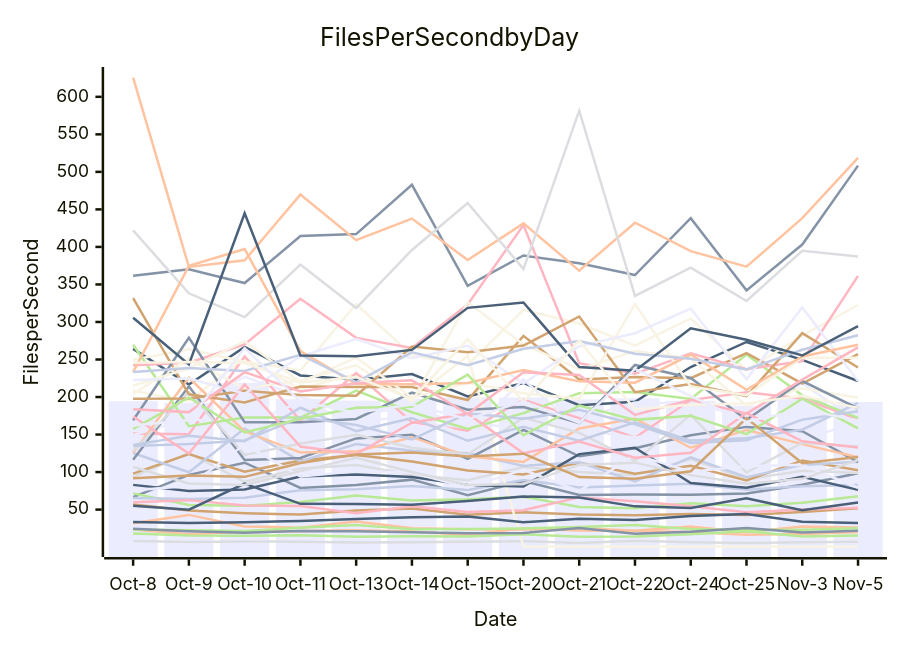
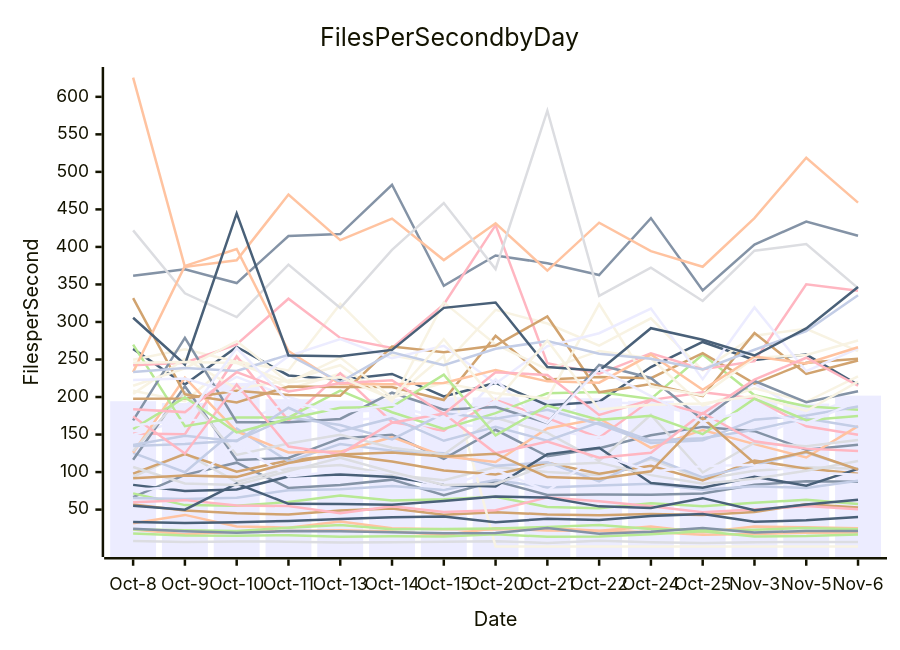
The diagram in perf-report.md (streetsidesoftware/cspell), drawn with Mermaid before and after one commit. The commit also changed other lines of this file and 2 other files, not shown here.

````diff
--- a/perf-report.md
+++ b/perf-report.md
@@ -11,57 +11,57 @@
 ```mermaid
 xychart-beta
     title Files Per Second by Day
     y-axis Files per Second
-    x-axis Date [Oct-8, Oct-9, Oct-10, Oct-11, Oct-13, Oct-14, Oct-15, Oct-20, Oct-21, Oct-22, Oct-24, Oct-25, Nov-3, Nov-5]
-    bar [194.39, 192.05, 218.83, 197.10, 195.24, 197.65, 199.65, 199.37, 196.79, 198.31, 195.08, 188.50, 197.53, 193.37]
-    line [66.65, 96.25, 112.51, 78.91, 82.77, 89.92, 69.05, 88.06, 69.61, 70.25, 69.88, 71.42, 83.10, 98.55]
-    line [23.58, 17.31, 20.37, 21.44, 22.38, 20.97, 16.04, 25.16, 22.03, 21.51, 20.05, 16.33, 17.58, 20.12]
-    line [8.18, 6.76, 7.44, 7.30, 6.32, 6.65, 7.26, 7.96, 5.55, 8.36, 6.66, 5.63, 6.55, 7.17]
-    line [71.61, 56.00, 55.29, 59.99, 68.80, 62.02, 63.75, 67.15, 53.54, 51.87, 58.31, 54.40, 59.05, 67.64]
-    line [56.81, 48.66, 45.19, 43.33, 48.66, 51.39, 43.09, 46.53, 43.54, 42.59, 43.99, 42.66, 46.86, 51.84]
-    line [65.37, 64.09, 65.74, 75.83, 77.12, 81.28, 76.22, 89.41, 79.60, 82.04, 84.51, 76.34, 81.22, 82.67]
-    line [59.94, 62.62, 55.56, 54.77, 45.21, 54.60, 46.67, 49.27, 66.25, 61.14, 54.40, 46.46, 50.11, 52.43]
-    line [264.14, 216.71, 266.75, 228.80, 223.08, 230.72, 200.81, 218.77, 189.13, 193.68, 239.98, 273.35, 249.43, 221.33]
-    line [208.25, 194.51, 251.63, 210.60, 231.31, 197.08, 254.89, 1.00, 1.00, 1.00, 1.00, 1.00, 1.00, 1.00]
-    line [174.97, 189.16, 226.87, 200.18, 179.39, 183.41, 164.40, 159.49, 171.10, 192.78, 191.37, 174.29, 217.96, 167.79]
-    line [361.47, 370.09, 351.86, 414.54, 417.07, 482.80, 348.28, 388.55, 378.31, 362.57, 438.35, 342.13, 403.12, 508.36]
-    line [31.76, 42.94, 27.61, 25.97, 34.21, 25.09, 23.71, 23.43, 25.33, 21.92, 27.33, 19.75, 27.62, 26.25]
-    line [93.63, 125.18, 87.00, 104.77, 109.42, 96.45, 89.22, 106.77, 99.95, 95.97, 117.43, 90.38, 101.68, 98.69]
-    line [18.14, 15.49, 15.23, 15.94, 13.89, 14.53, 14.11, 17.05, 13.85, 14.03, 17.10, 21.05, 14.31, 15.34]
-    line [97.90, 123.96, 100.36, 115.55, 122.73, 114.09, 102.09, 96.85, 112.31, 97.68, 108.35, 88.82, 115.43, 102.42]
-    line [125.48, 99.76, 158.05, 114.31, 137.32, 128.51, 125.12, 108.27, 113.06, 87.44, 119.66, 93.04, 109.58, 113.85]
-    line [151.43, 150.43, 254.02, 168.57, 231.71, 166.56, 155.07, 196.36, 171.90, 145.85, 195.93, 206.22, 198.17, 170.33]
-    line [55.18, 49.90, 84.72, 57.64, 57.38, 56.41, 61.33, 67.41, 66.13, 54.31, 52.03, 65.25, 49.02, 59.47]
-    line [249.77, 263.65, 247.10, 235.41, 323.97, 255.64, 242.67, 316.16, 297.94, 268.60, 304.78, 235.63, 281.78, 322.62]
-    line [149.45, 170.98, 162.38, 193.61, 167.04, 174.22, 149.10, 223.58, 156.27, 146.04, 158.31, 152.20, 144.51, 165.46]
-    line [116.53, 214.42, 116.00, 118.77, 144.83, 149.59, 117.74, 156.35, 121.08, 131.79, 149.18, 160.21, 154.52, 113.38]
-    line [125.79, 225.70, 154.24, 126.07, 127.29, 146.49, 121.12, 113.50, 158.05, 171.36, 132.38, 156.15, 137.28, 119.80]
-    line [127.97, 206.50, 122.84, 138.06, 149.67, 132.46, 123.48, 172.40, 152.34, 114.90, 176.25, 99.39, 139.03, 133.94]
-    line [269.72, 161.18, 172.81, 172.65, 208.47, 179.72, 157.56, 178.54, 204.92, 206.57, 197.43, 256.60, 202.25, 172.19]
-    line [331.74, 203.63, 192.81, 213.97, 213.28, 213.47, 195.94, 281.48, 223.48, 226.53, 225.12, 258.41, 217.89, 257.25]
-    line [136.07, 148.26, 141.19, 185.69, 154.55, 171.82, 141.67, 160.22, 141.81, 166.38, 141.94, 145.19, 156.42, 192.35]
-    line [242.23, 245.65, 270.12, 330.98, 278.79, 265.30, 323.42, 429.01, 245.01, 230.93, 258.25, 236.94, 247.84, 361.38]
-    line [82.95, 74.90, 76.80, 94.05, 96.82, 93.39, 82.69, 80.94, 123.93, 132.34, 85.53, 79.17, 93.87, 76.32]
-    line [204.22, 251.15, 211.26, 222.05, 242.35, 194.13, 326.19, 270.15, 236.87, 261.40, 251.33, 188.47, 211.71, 199.02]
-    line [75.86, 81.29, 136.91, 94.03, 101.02, 99.02, 79.59, 103.01, 74.73, 123.30, 100.60, 107.93, 109.66, 79.14]
-    line [168.97, 278.92, 166.54, 166.53, 170.79, 205.75, 183.07, 186.73, 165.39, 242.72, 225.43, 169.80, 221.29, 185.02]
-    line [625.58, 373.38, 382.28, 469.75, 409.07, 437.77, 382.49, 431.43, 368.45, 432.30, 394.44, 373.62, 438.31, 518.57]
-    line [422.03, 338.21, 306.48, 376.46, 318.53, 395.99, 458.46, 370.45, 581.53, 334.74, 372.46, 327.93, 394.96, 387.34]
-    line [23.35, 22.45, 21.51, 25.71, 29.42, 23.92, 24.25, 24.95, 26.96, 29.32, 24.14, 22.37, 23.30, 25.31]
-    line [197.76, 198.13, 208.30, 202.68, 201.79, 267.21, 259.65, 268.53, 307.28, 206.33, 217.49, 201.10, 285.18, 239.33]
-    line [134.65, 137.28, 142.04, 172.94, 162.65, 143.57, 178.30, 170.91, 182.97, 163.77, 138.75, 142.39, 169.82, 180.94]
-    line [173.95, 124.58, 216.72, 133.97, 123.87, 165.74, 177.89, 125.02, 140.68, 119.01, 125.81, 178.69, 141.07, 132.63]
-    line [33.57, 32.29, 33.27, 34.79, 37.33, 39.68, 40.77, 33.11, 37.81, 36.24, 41.43, 44.03, 33.69, 32.10]
-    line [215.08, 238.25, 274.47, 219.66, 252.51, 199.34, 218.85, 204.99, 197.92, 323.88, 213.93, 202.52, 252.23, 252.44]
-    line [222.78, 224.66, 204.36, 254.42, 277.26, 251.58, 268.24, 217.93, 267.67, 285.04, 317.95, 223.78, 319.42, 221.27]
-    line [24.57, 21.27, 19.07, 21.50, 21.24, 19.97, 18.63, 18.81, 25.32, 17.74, 20.58, 25.51, 19.46, 21.71]
-    line [233.16, 374.71, 397.16, 261.34, 217.24, 217.08, 218.73, 236.08, 220.88, 219.16, 256.62, 209.53, 254.06, 269.74]
-    line [106.68, 84.76, 82.82, 101.29, 118.90, 100.19, 82.72, 84.05, 109.59, 112.56, 95.92, 84.60, 91.01, 115.87]
-    line [157.39, 199.58, 152.82, 170.97, 185.75, 186.96, 229.89, 148.98, 188.53, 169.56, 175.04, 150.51, 197.71, 158.14]
-    line [91.76, 95.32, 93.61, 112.00, 123.43, 125.94, 120.60, 124.47, 93.34, 91.16, 101.08, 171.93, 111.86, 120.16]
-    line [233.40, 238.56, 234.64, 256.33, 219.99, 259.48, 242.38, 264.24, 274.64, 257.62, 251.09, 236.85, 262.94, 282.31]
-    line [183.70, 179.89, 233.14, 207.50, 218.41, 222.25, 177.43, 233.06, 229.37, 176.10, 196.37, 177.90, 223.12, 266.12]
-    line [305.64, 243.36, 444.70, 255.37, 254.42, 262.77, 318.79, 326.00, 239.93, 235.04, 291.68, 276.40, 255.29, 294.52]
-    line [245.51, 246.82, 245.36, 219.50, 226.50, 197.43, 277.21, 193.99, 275.35, 183.43, 189.64, 191.38, 201.59, 185.53]
-    line [162.12, 169.35, 265.31, 194.05, 178.95, 189.91, 170.29, 194.31, 165.66, 237.49, 201.27, 167.00, 183.56, 168.81]
+    x-axis Date [Oct-8, Oct-9, Oct-10, Oct-11, Oct-13, Oct-14, Oct-15, Oct-20, Oct-21, Oct-22, Oct-24, Oct-25, Nov-3, Nov-5, Nov-6]
+    bar [194.39, 192.05, 218.83, 197.10, 195.24, 197.65, 199.65, 199.37, 196.79, 198.31, 195.08, 188.50, 197.53, 191.30, 201.87]
+    line [66.65, 96.25, 112.51, 78.91, 82.77, 89.92, 69.05, 88.06, 69.61, 70.25, 69.88, 71.42, 83.10, 87.87, 87.19]
+    line [23.58, 17.31, 20.37, 21.44, 22.38, 20.97, 16.04, 25.16, 22.03, 21.51, 20.05, 16.33, 17.58, 19.22, 19.51]
+    line [8.18, 6.76, 7.44, 7.30, 6.32, 6.65, 7.26, 7.96, 5.55, 8.36, 6.66, 5.63, 6.55, 6.95, 6.93]
+    line [71.61, 56.00, 55.29, 59.99, 68.80, 62.02, 63.75, 67.15, 53.54, 51.87, 58.31, 54.40, 59.05, 63.00, 57.57]
+    line [56.81, 48.66, 45.19, 43.33, 48.66, 51.39, 43.09, 46.53, 43.54, 42.59, 43.99, 42.66, 46.86, 57.12, 52.85]
+    line [65.37, 64.09, 65.74, 75.83, 77.12, 81.28, 76.22, 89.41, 79.60, 82.04, 84.51, 76.34, 81.22, 78.86, 88.31]
+    line [59.94, 62.62, 55.56, 54.77, 45.21, 54.60, 46.67, 49.27, 66.25, 61.14, 54.40, 46.46, 50.11, 54.79, 50.62]
+    line [264.14, 216.71, 266.75, 228.80, 223.08, 230.72, 200.81, 218.77, 189.13, 193.68, 239.98, 273.35, 249.43, 256.58, 216.40]
+    line [208.25, 194.51, 251.63, 210.60, 231.31, 197.08, 254.89, 1.00, 1.00, 1.00, 1.00, 1.00, 1.00, 1.00, 1.00]
+    line [174.97, 189.16, 226.87, 200.18, 179.39, 183.41, 164.40, 159.49, 171.10, 192.78, 191.37, 174.29, 217.96, 178.42, 192.52]
+    line [361.47, 370.09, 351.86, 414.54, 417.07, 482.80, 348.28, 388.55, 378.31, 362.57, 438.35, 342.13, 403.12, 433.88, 414.82]
+    line [31.76, 42.94, 27.61, 25.97, 34.21, 25.09, 23.71, 23.43, 25.33, 21.92, 27.33, 19.75, 27.62, 26.37, 25.30]
+    line [93.63, 125.18, 87.00, 104.77, 109.42, 96.45, 89.22, 106.77, 99.95, 95.97, 117.43, 90.38, 101.68, 106.46, 104.56]
+    line [18.14, 15.49, 15.23, 15.94, 13.89, 14.53, 14.11, 17.05, 13.85, 14.03, 17.10, 21.05, 14.31, 14.75, 16.77]
+    line [97.90, 123.96, 100.36, 115.55, 122.73, 114.09, 102.09, 96.85, 112.31, 97.68, 108.35, 88.82, 115.43, 104.61, 97.82]
+    line [125.48, 99.76, 158.05, 114.31, 137.32, 128.51, 125.12, 108.27, 113.06, 87.44, 119.66, 93.04, 109.58, 126.12, 103.37]
+    line [151.43, 150.43, 254.02, 168.57, 231.71, 166.56, 155.07, 196.36, 171.90, 145.85, 195.93, 206.22, 198.17, 161.08, 149.86]
+    line [55.18, 49.90, 84.72, 57.64, 57.38, 56.41, 61.33, 67.41, 66.13, 54.31, 52.03, 65.25, 49.02, 56.78, 63.21]
+    line [249.77, 263.65, 247.10, 235.41, 323.97, 255.64, 242.67, 316.16, 297.94, 268.60, 304.78, 235.63, 281.78, 290.77, 261.04]
+    line [149.45, 170.98, 162.38, 193.61, 167.04, 174.22, 149.10, 223.58, 156.27, 146.04, 158.31, 152.20, 144.51, 175.00, 200.25]
+    line [116.53, 214.42, 116.00, 118.77, 144.83, 149.59, 117.74, 156.35, 121.08, 131.79, 149.18, 160.21, 154.52, 129.77, 136.53]
+    line [125.79, 225.70, 154.24, 126.07, 127.29, 146.49, 121.12, 113.50, 158.05, 171.36, 132.38, 156.15, 137.28, 119.47, 161.14]
+    line [127.97, 206.50, 122.84, 138.06, 149.67, 132.46, 123.48, 172.40, 152.34, 114.90, 176.25, 99.39, 139.03, 134.52, 142.86]
+    line [269.72, 161.18, 172.81, 172.65, 208.47, 179.72, 157.56, 178.54, 204.92, 206.57, 197.43, 256.60, 202.25, 187.81, 182.97]
+    line [331.74, 203.63, 192.81, 213.97, 213.28, 213.47, 195.94, 281.48, 223.48, 226.53, 225.12, 258.41, 217.89, 245.63, 251.12]
+    line [136.07, 148.26, 141.19, 185.69, 154.55, 171.82, 141.67, 160.22, 141.81, 166.38, 141.94, 145.19, 156.42, 171.45, 160.17]
+    line [242.23, 245.65, 270.12, 330.98, 278.79, 265.30, 323.42, 429.01, 245.01, 230.93, 258.25, 236.94, 247.84, 350.22, 341.55]
+    line [82.95, 74.90, 76.80, 94.05, 96.82, 93.39, 82.69, 80.94, 123.93, 132.34, 85.53, 79.17, 93.87, 81.75, 104.21]
+    line [204.22, 251.15, 211.26, 222.05, 242.35, 194.13, 326.19, 270.15, 236.87, 261.40, 251.33, 188.47, 211.71, 193.66, 227.55]
+    line [75.86, 81.29, 136.91, 94.03, 101.02, 99.02, 79.59, 103.01, 74.73, 123.30, 100.60, 107.93, 109.66, 99.65, 96.37]
+    line [168.97, 278.92, 166.54, 166.53, 170.79, 205.75, 183.07, 186.73, 165.39, 242.72, 225.43, 169.80, 221.29, 193.06, 207.64]
+    line [625.58, 373.38, 382.28, 469.75, 409.07, 437.77, 382.49, 431.43, 368.45, 432.30, 394.44, 373.62, 438.31, 518.91, 459.05]
+    line [422.03, 338.21, 306.48, 376.46, 318.53, 395.99, 458.46, 370.45, 581.53, 334.74, 372.46, 327.93, 394.96, 403.82, 345.04]
+    line [23.35, 22.45, 21.51, 25.71, 29.42, 23.92, 24.25, 24.95, 26.96, 29.32, 24.14, 22.37, 23.30, 25.53, 23.72]
+    line [197.76, 198.13, 208.30, 202.68, 201.79, 267.21, 259.65, 268.53, 307.28, 206.33, 217.49, 201.10, 285.18, 230.89, 248.61]
+    line [134.65, 137.28, 142.04, 172.94, 162.65, 143.57, 178.30, 170.91, 182.97, 163.77, 138.75, 142.39, 169.82, 175.50, 187.26]
+    line [173.95, 124.58, 216.72, 133.97, 123.87, 165.74, 177.89, 125.02, 140.68, 119.01, 125.81, 178.69, 141.07, 131.24, 128.17]
+    line [33.57, 32.29, 33.27, 34.79, 37.33, 39.68, 40.77, 33.11, 37.81, 36.24, 41.43, 44.03, 33.69, 35.67, 40.10]
+    line [215.08, 238.25, 274.47, 219.66, 252.51, 199.34, 218.85, 204.99, 197.92, 323.88, 213.93, 202.52, 252.23, 256.11, 275.30]
+    line [222.78, 224.66, 204.36, 254.42, 277.26, 251.58, 268.24, 217.93, 267.67, 285.04, 317.95, 223.78, 319.42, 234.42, 264.77]
+    line [24.57, 21.27, 19.07, 21.50, 21.24, 19.97, 18.63, 18.81, 25.32, 17.74, 20.58, 25.51, 19.46, 21.60, 21.35]
+    line [233.16, 374.71, 397.16, 261.34, 217.24, 217.08, 218.73, 236.08, 220.88, 219.16, 256.62, 209.53, 254.06, 244.83, 266.39]
+    line [106.68, 84.76, 82.82, 101.29, 118.90, 100.19, 82.72, 84.05, 109.59, 112.56, 95.92, 84.60, 91.01, 101.64, 114.89]
+    line [157.39, 199.58, 152.82, 170.97, 185.75, 186.96, 229.89, 148.98, 188.53, 169.56, 175.04, 150.51, 197.71, 169.15, 174.56]
+    line [91.76, 95.32, 93.61, 112.00, 123.43, 125.94, 120.60, 124.47, 93.34, 91.16, 101.08, 171.93, 111.86, 126.91, 103.38]
+    line [233.40, 238.56, 234.64, 256.33, 219.99, 259.48, 242.38, 264.24, 274.64, 257.62, 251.09, 236.85, 262.94, 287.92, 335.60]
+    line [183.70, 179.89, 233.14, 207.50, 218.41, 222.25, 177.43, 233.06, 229.37, 176.10, 196.37, 177.90, 223.12, 252.36, 215.00]
+    line [305.64, 243.36, 444.70, 255.37, 254.42, 262.77, 318.79, 326.00, 239.93, 235.04, 291.68, 276.40, 255.29, 291.36, 346.71]
+    line [245.51, 246.82, 245.36, 219.50, 226.50, 197.43, 277.21, 193.99, 275.35, 183.43, 189.64, 191.38, 201.59, 181.36, 220.59]
+    line [162.12, 169.35, 265.31, 194.05, 178.95, 189.91, 170.29, 194.31, 165.66, 237.49, 201.27, 167.00, 183.56, 164.82, 194.66]
 ```
````
